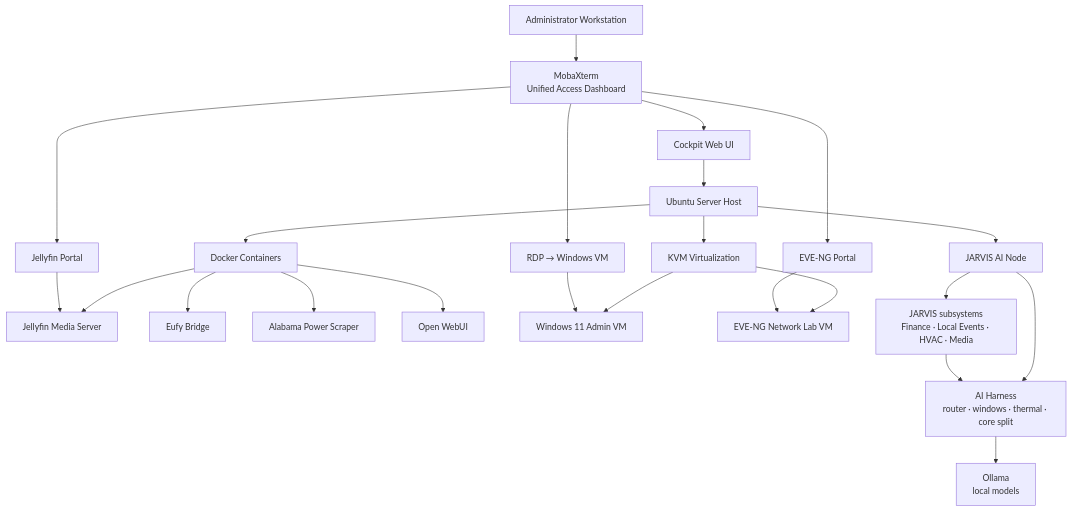
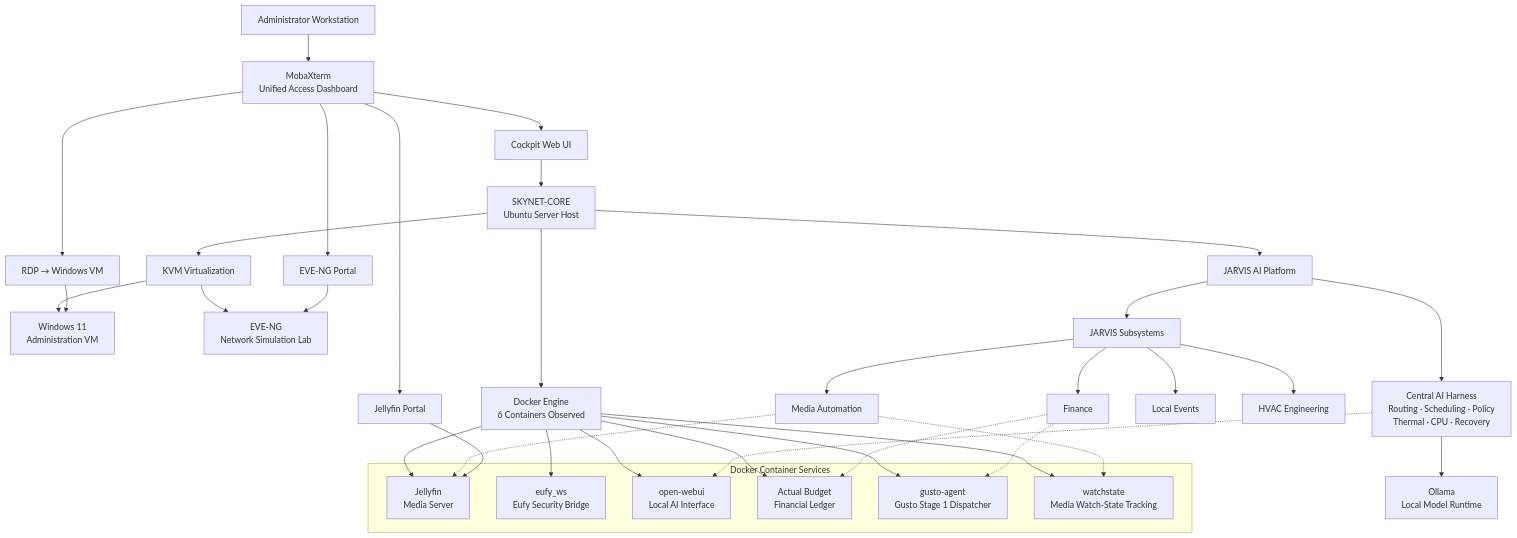
One commit to VicDubose/Smart-Home-Infrastructure changed the first of 3 diagrams in 03-RDP-VM-Infrastructure/README.md. Above: the diagram before and after it, drawn with Mermaid. The commit also changed other lines of this file, not shown here.

````diff
--- a/03-RDP-VM-Infrastructure/README.md
+++ b/03-RDP-VM-Infrastructure/README.md
@@ -126,36 +127,61 @@
 ```mermaid
+flowchart TD
+    ADMIN["Administrator Workstation"]
+    MOBA["MobaXterm<br/>Unified Access Dashboard"]
+    UBUNTU["SKYNET-CORE<br/>Ubuntu Server Host"]
 
-    flowchart TD
+    ADMIN --> MOBA
 
-    ADMIN[Administrator Workstation]
+    MOBA --> RDP["RDP → Windows VM"]
+    MOBA --> WEB1["Cockpit Web UI"]
+    MOBA --> WEB2["EVE-NG Portal"]
+    MOBA --> WEB3["Jellyfin Portal"]
 
-    ADMIN --> MOBA[MobaXterm<br/>Unified Access Dashboard]
+    WEB1 --> UBUNTU
 
-    MOBA --> RDP[RDP → Windows VM]
-    MOBA --> WEB1[Cockpit Web UI]
-    MOBA --> WEB2[EVE-NG Portal]
-    MOBA --> WEB3[Jellyfin Portal]
+    UBUNTU --> DOCKER["Docker Engine<br/>6 Containers Observed"]
+    UBUNTU --> KVM["KVM Virtualization"]
+    UBUNTU --> JARVIS["JARVIS AI Platform"]
 
-    WEB1 --> UBUNTU[Ubuntu Server Host]
+    subgraph CONTAINERS["Docker Container Services"]
+        JELLYFIN["Jellyfin<br/>Media Server"]
+        EUFY["eufy_ws<br/>Eufy Security Bridge"]
+        WEBUI["open-webui<br/>Local AI Interface"]
+        ACTUAL["Actual Budget<br/>Financial Ledger"]
+        GUSTO["gusto-agent<br/>Gusto Stage 1 Dispatcher"]
+        WATCH["watchstate<br/>Media Watch-State Tracking"]
+    end
 
-    UBUNTU --> DOCKER[Docker Containers]
-    UBUNTU --> KVM[KVM Virtualization]
-    UBUNTU --> JARVIS[JARVIS AI Node]
+    DOCKER --> JELLYFIN
+    DOCKER --> EUFY
+    DOCKER --> WEBUI
+    DOCKER --> ACTUAL
+    DOCKER --> GUSTO
+    DOCKER --> WATCH
 
-    DOCKER --> JELLYFIN[Jellyfin Media Server]
-    DOCKER --> EUFY[Eufy Bridge]
-    DOCKER --> POWER[Alabama Power Scraper]
-    DOCKER --> WEBUI[Open WebUI]
+    KVM --> WINDOWSVM["Windows 11<br/>Administration VM"]
+    KVM --> EVENGVM["EVE-NG<br/>Network Simulation Lab"]
 
-    KVM --> WINDOWSVM[Windows 11 Admin VM]
-    KVM --> EVENGVM[EVE-NG Network Lab VM]
+    JARVIS --> HARNESS["Central AI Harness<br/>Routing · Scheduling · Policy<br/>Thermal · CPU · Recovery"]
 
-    JARVIS --> HARNESS[AI Harness<br/>router · windows · thermal · core split]
-    HARNESS --> OLLAMA[Ollama<br/>local models]
-    JARVIS --> SUBS[JARVIS subsystems<br/>Finance · Local Events · HVAC · Media]
-    SUBS --> HARNESS
+    HARNESS --> OLLAMA["Ollama<br/>Local Model Runtime"]
+
+    JARVIS --> SUBS["JARVIS Subsystems"]
+
+    SUBS --> FIN["Finance"]
+    SUBS --> EVENTS["Local Events"]
+    SUBS --> HVAC["HVAC Engineering"]
+    SUBS --> MEDIA["Media Automation"]
+
+    FIN -.-> ACTUAL
+    FIN -.-> GUSTO
+
+    MEDIA -.-> WATCH
+    MEDIA -.-> JELLYFIN
+
+    HARNESS -.-> WEBUI
 
     RDP --> WINDOWSVM
     WEB2 --> EVENGVM
     WEB3 --> JELLYFIN
 ```
````
